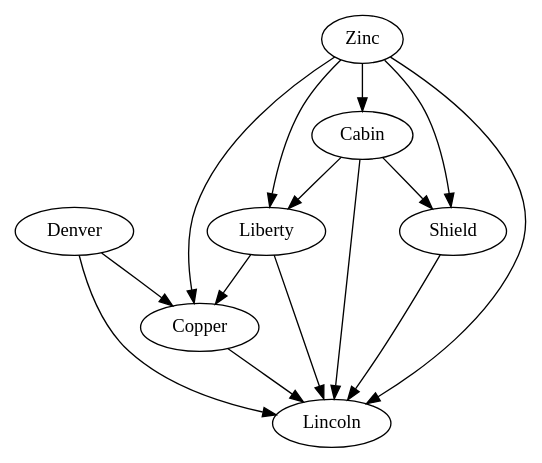
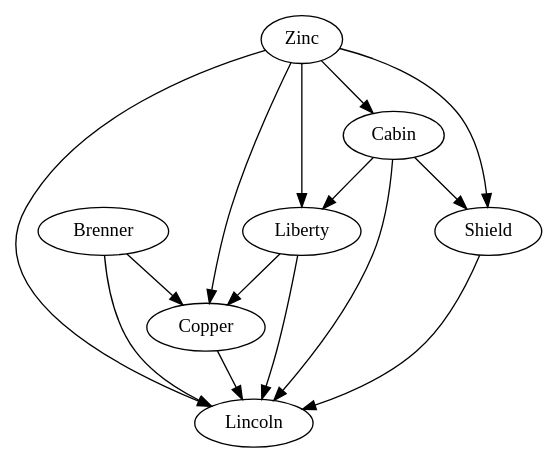
One commit to analyticd/penny changed the diagram in doc/dependencies.dot. Above: the diagram before and after it, drawn with Graphviz. The commit also changed 15 other files, not shown here.

```diff
--- a/doc/dependencies.dot
+++ b/doc/dependencies.dot
@@ -1,22 +1,22 @@
 /* This file shows the dependencies between the different main modules
 of Penny.
 
 To render, run
 dot -Tps dependencies.dot -o dependencies.ps
 */
 digraph G {
+        Brenner -> Lincoln;
+        Brenner -> Copper;
         Cabin -> Lincoln;
         Cabin -> Liberty;
         Cabin -> Shield;
         Copper -> Lincoln;
-        Denver -> Copper;
-        Denver -> Lincoln;
         Liberty -> Lincoln;
         Liberty -> Copper;
         Shield -> Lincoln;
         Zinc -> Cabin;
         Zinc -> Copper;
         Zinc -> Liberty;
         Zinc -> Lincoln;
         Zinc -> Shield;
 }
```
